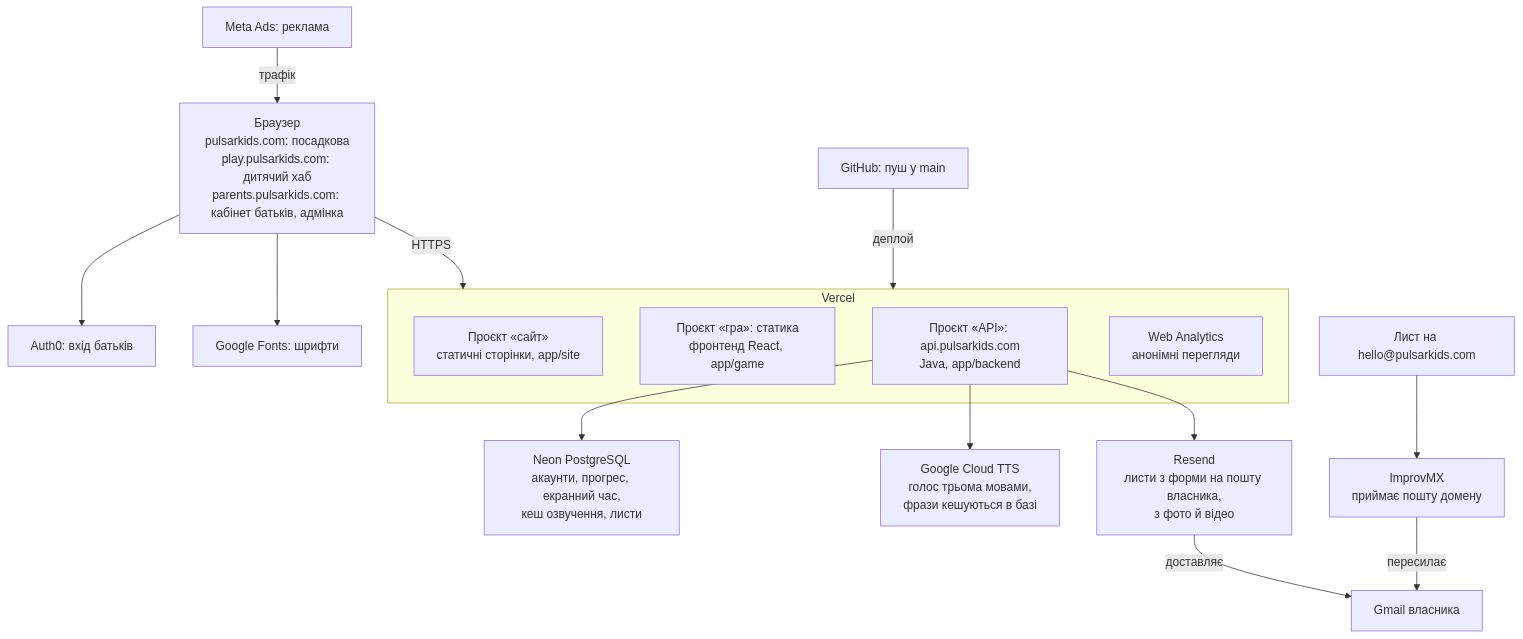
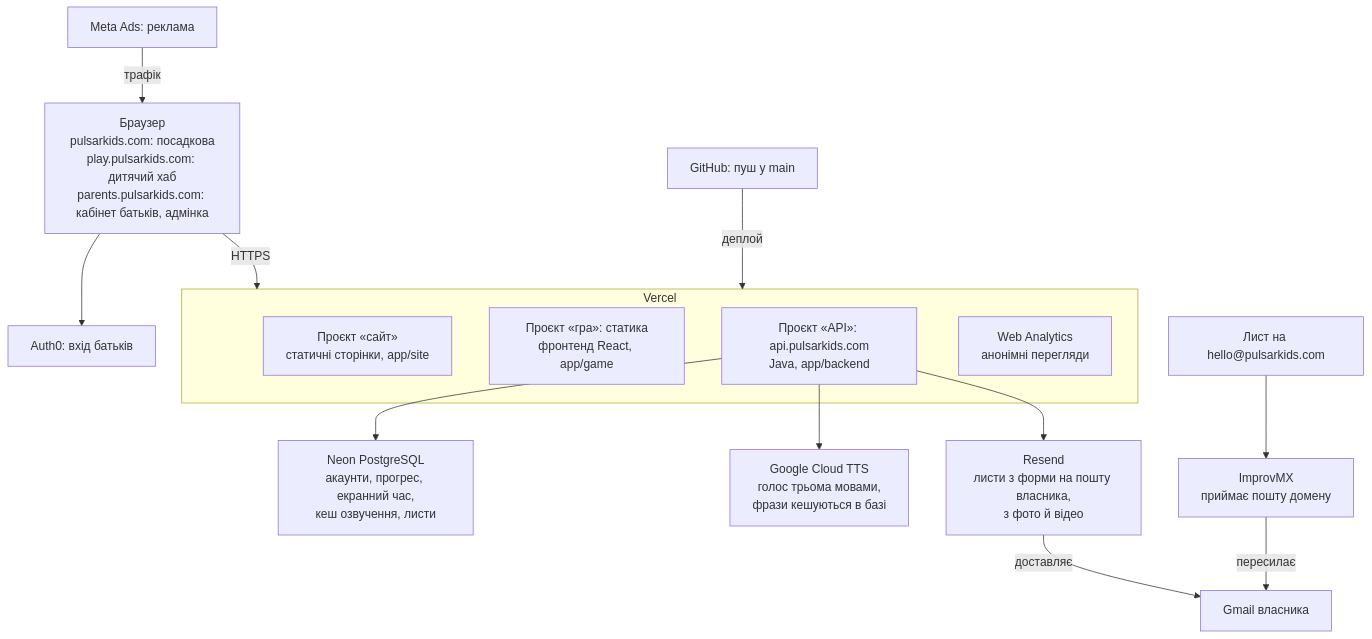
The diagram in docs/external-services.md (yuriiluchyshyn/wonderkids), drawn with Mermaid before and after one commit. The commit also changed other lines of this file and 53 other files, not shown here.

````diff
--- a/docs/external-services.md
+++ b/docs/external-services.md
@@ -19,21 +19,20 @@
 ```mermaid
 flowchart TD
   Meta["Meta Ads: реклама"] -- трафік --> Browser
   Browser["Браузер<br/>pulsarkids.com: посадкова<br/>play.pulsarkids.com: дитячий хаб<br/>parents.pulsarkids.com: кабінет батьків, адмінка"]
   Browser --> Auth0["Auth0: вхід батьків"]
-  Browser --> Fonts["Google Fonts: шрифти"]
   Browser -- HTTPS --> Vercel
   GitHub["GitHub: пуш у main"] -- деплой --> Vercel
   subgraph Vercel
     Site["Проєкт «сайт»<br/>статичні сторінки, app/site"]
     Static["Проєкт «гра»: статика<br/>фронтенд React, app/game"]
     API["Проєкт «API»: api.pulsarkids.com<br/>Java, app/backend"]
     Analytics["Web Analytics<br/>анонімні перегляди"]
   end
   API --> Neon["Neon PostgreSQL<br/>акаунти, прогрес, екранний час,<br/>кеш озвучення, листи"]
   API --> TTS["Google Cloud TTS<br/>голос трьома мовами,<br/>фрази кешуються в базі"]
   API --> Resend["Resend<br/>листи з форми на пошту власника,<br/>з фото й відео"]
   Sender["Лист на hello@pulsarkids.com"] --> ImprovMX["ImprovMX<br/>приймає пошту домену"]
   ImprovMX -- пересилає --> Gmail["Gmail власника"]
   Resend -- доставляє --> Gmail
 ```
````
